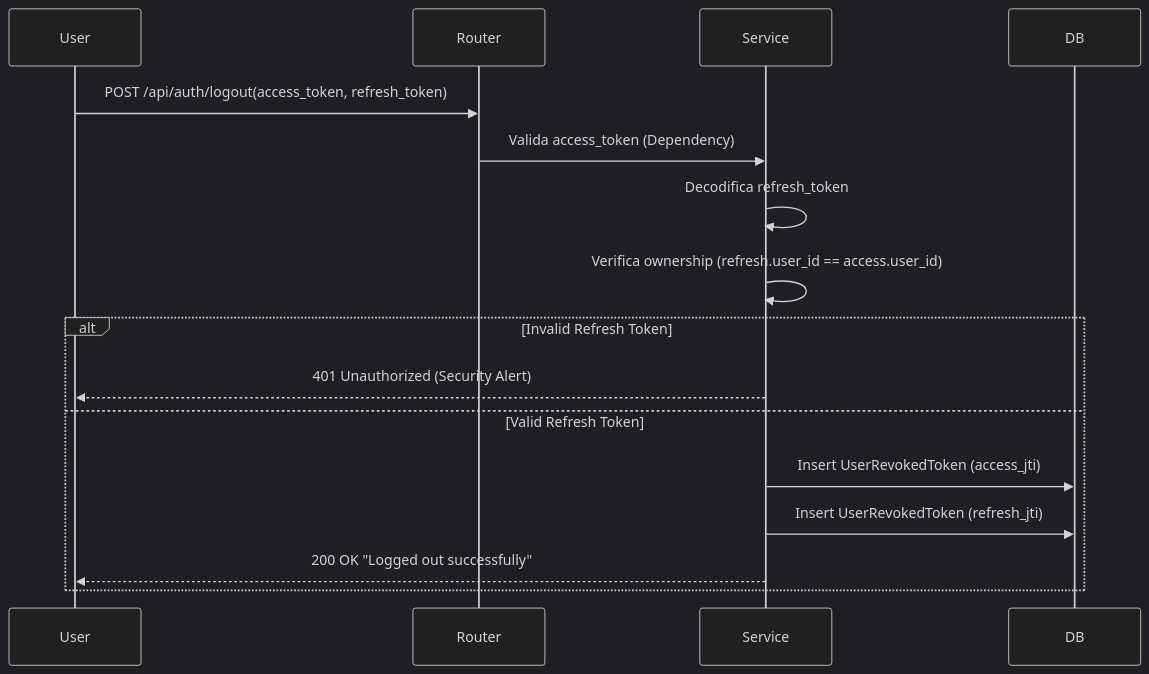
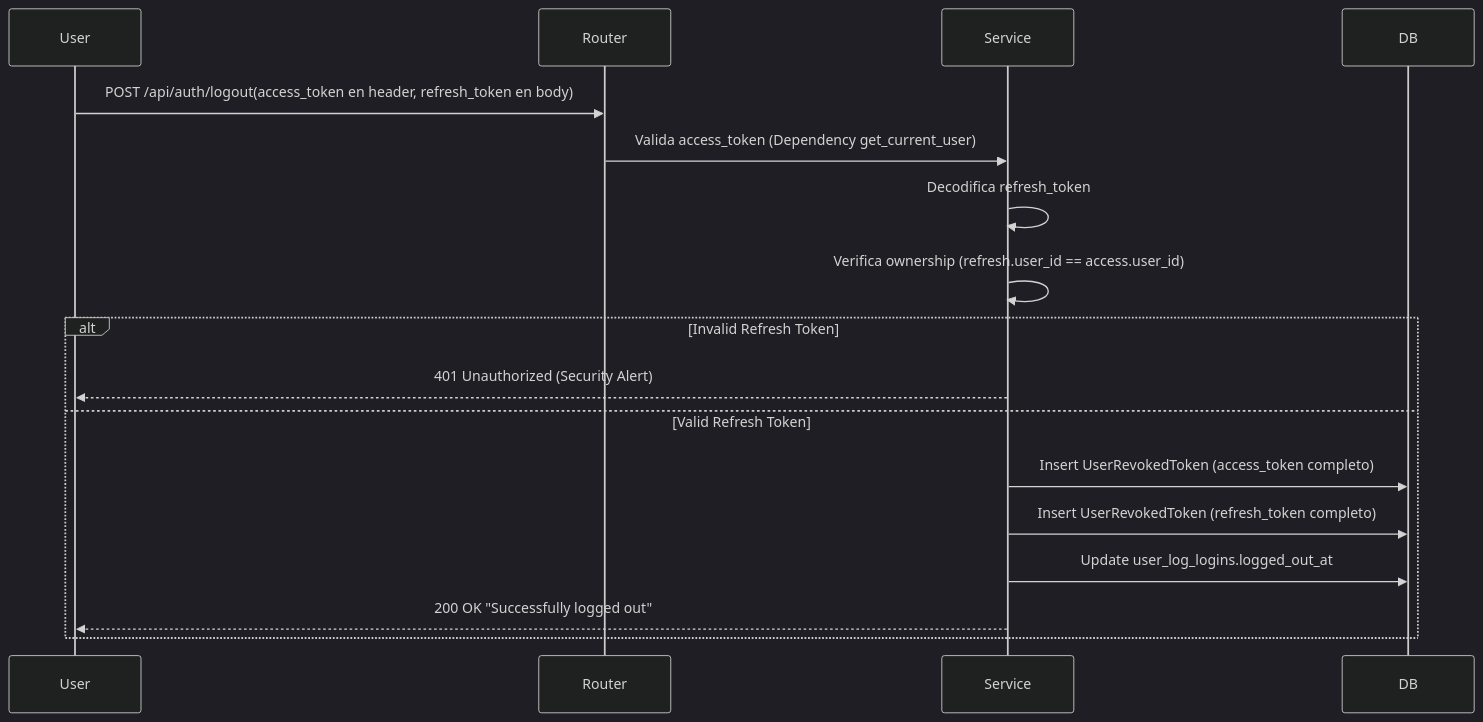
Before and after one commit to henrytaby/uyuni-backend-py: the third of 3 diagrams in docs/AUTHENTICATION_GUIDE.md, drawn with Mermaid (dark theme). The commit also changed other lines of this file and 17 other files, not shown here.

Commit message:
docs: update architecture documentation to include dynamic modular catalogs and refine repository and RBAC guidelines

````diff
--- a/docs/AUTHENTICATION_GUIDE.md
+++ b/docs/AUTHENTICATION_GUIDE.md
@@ -129,19 +136,20 @@
 ```mermaid
 sequenceDiagram
     participant User
     participant Router
     participant Service
     participant DB
     
-    User->>Router: POST /api/auth/logout(access_token, refresh_token)
-    Router->>Service: Valida access_token (Dependency)
+    User->>Router: POST /api/auth/logout(access_token en header, refresh_token en body)
+    Router->>Service: Valida access_token (Dependency get_current_user)
     Service->>Service: Decodifica refresh_token
     Service->>Service: Verifica ownership (refresh.user_id == access.user_id)
     alt Invalid Refresh Token
         Service-->>User: 401 Unauthorized (Security Alert)
     else Valid Refresh Token
-        Service->>DB: Insert UserRevokedToken (access_jti)
-        Service->>DB: Insert UserRevokedToken (refresh_jti)
-        Service-->>User: 200 OK "Logged out successfully"
+        Service->>DB: Insert UserRevokedToken (access_token completo)
+        Service->>DB: Insert UserRevokedToken (refresh_token completo)
+        Service->>DB: Update user_log_logins.logged_out_at
+        Service-->>User: 200 OK "Successfully logged out"
     end
 ```
````
